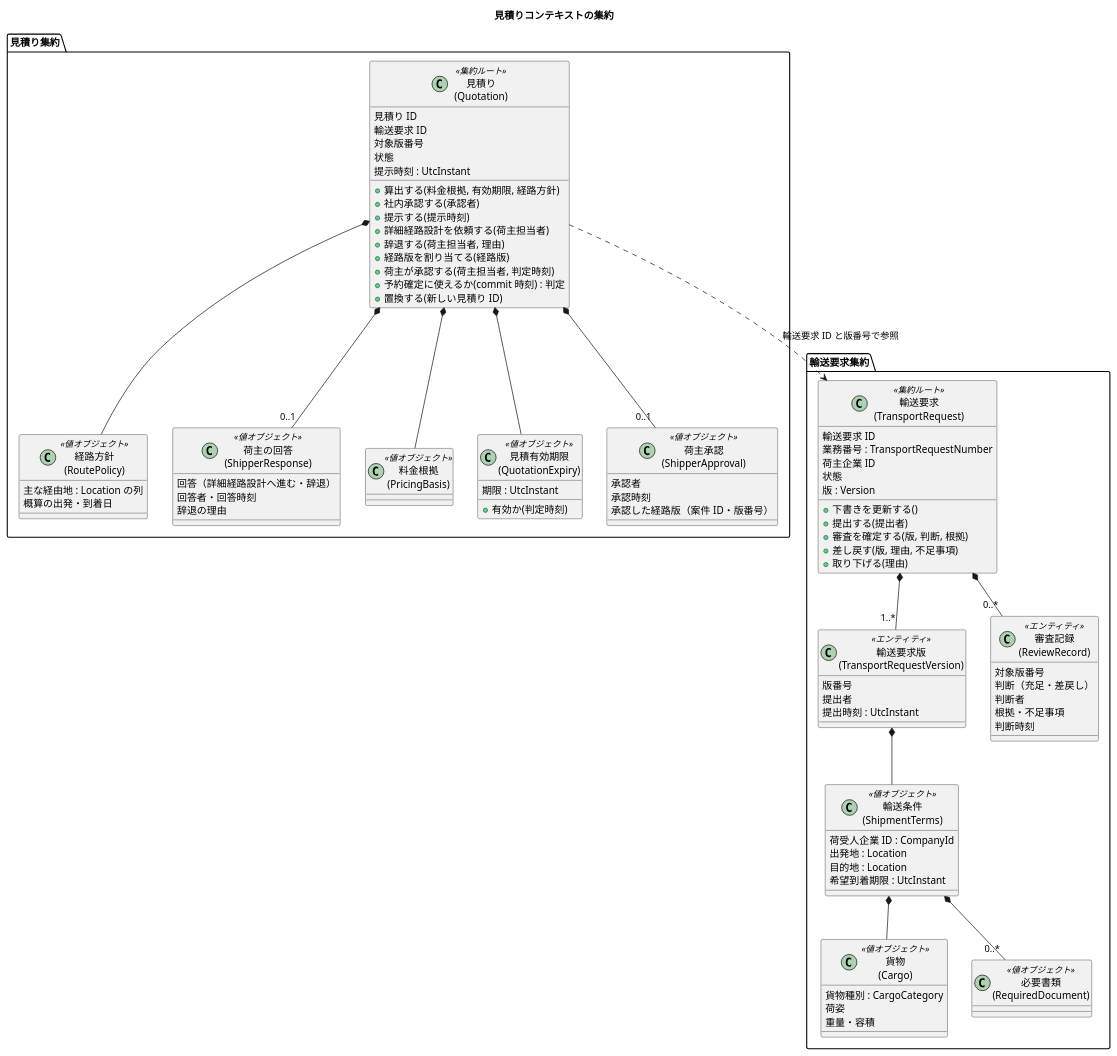
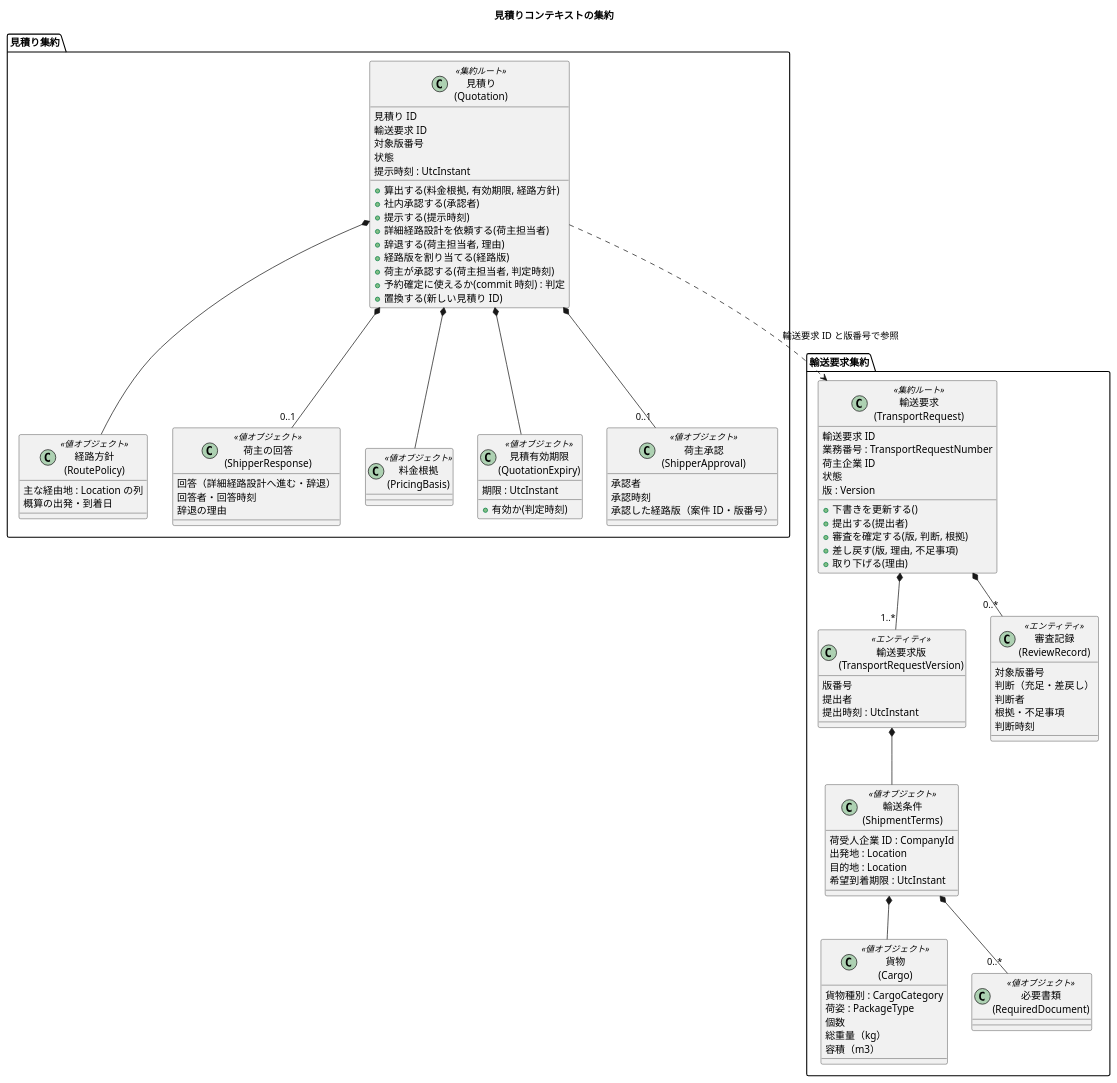
One commit to k2works/practical-domain-driven-design-in-enterpris-application changed the third of 15 diagrams in docs/design/cargo-tracker/domain_model.md. Above: the diagram before and after it, drawn with PlantUML. The commit also changed other lines of this file and 5 other files, not shown here.

```diff
--- a/docs/design/cargo-tracker/domain_model.md
+++ b/docs/design/cargo-tracker/domain_model.md
@@ -217,8 +222,10 @@
   }
   class "貨物\n(Cargo)" as Cargo <<値オブジェクト>> {
     貨物種別 : CargoCategory
-    荷姿
-    重量・容積
+    荷姿 : PackageType
+    個数
+    総重量（kg）
+    容積（m3）
   }
   class "必要書類\n(RequiredDocument)" as Doc <<値オブジェクト>>
   class "審査記録\n(ReviewRecord)" as Review <<エンティティ>> {
```
